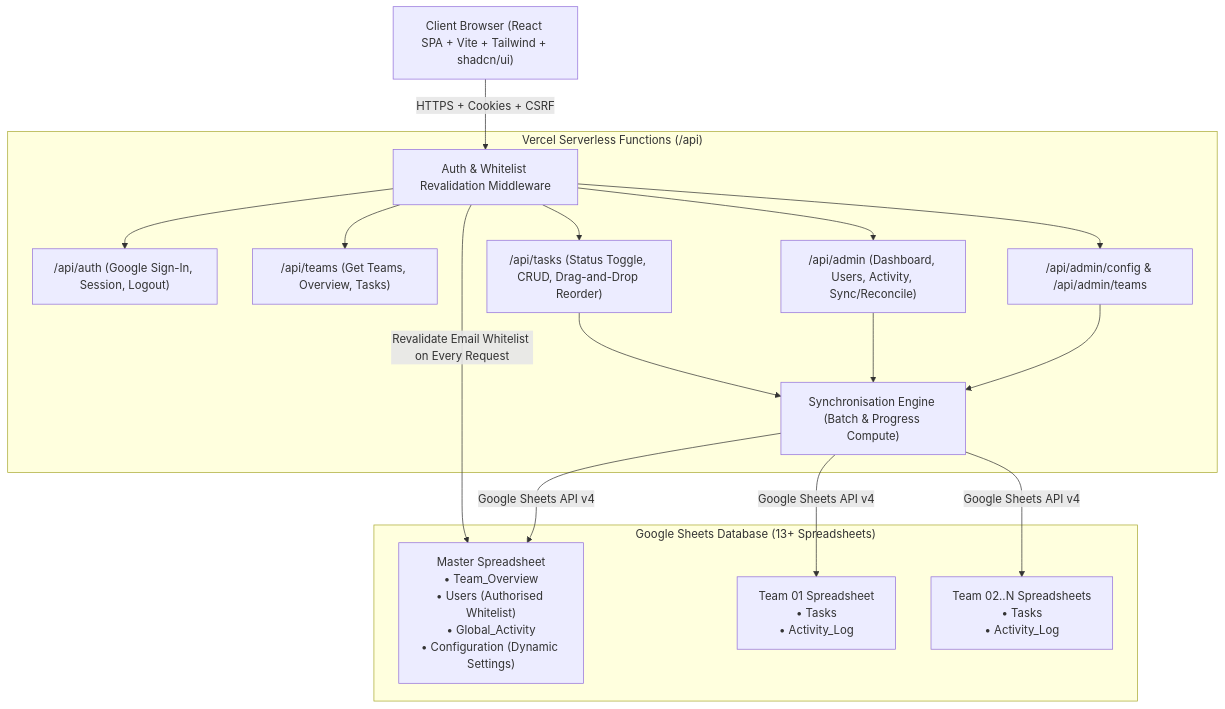
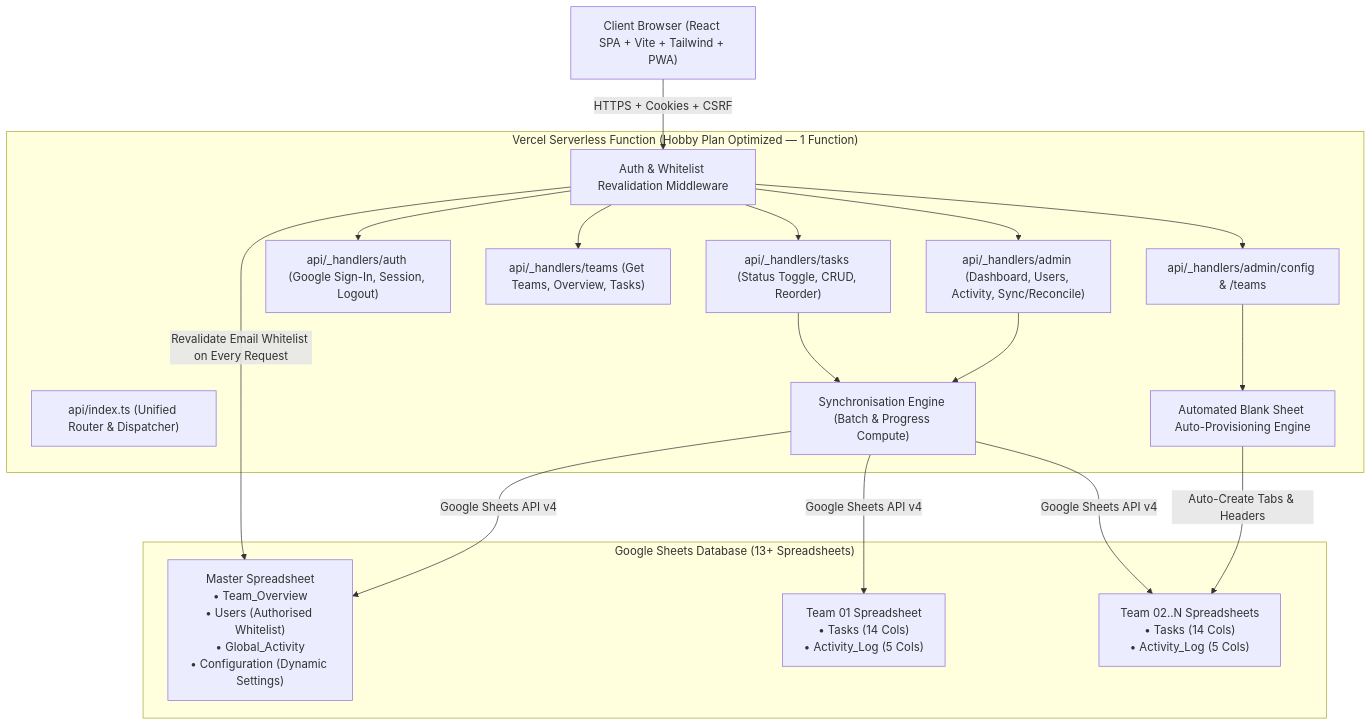
Before and after one commit to deekshithvodela/krititracker: the diagram in README.md, drawn with Mermaid. The commit also changed other lines of this file and 47 other files, not shown here.

Commit message:
fix: serverless functions

````diff
--- a/README.md
+++ b/README.md
@@ -47,32 +115,35 @@
 ```mermaid
 graph TD
-    Client["Client Browser (React SPA + Vite + Tailwind + shadcn/ui)"]
-    subgraph VercelServerless["Vercel Serverless Functions (/api)"]
+    Client["Client Browser (React SPA + Vite + Tailwind + PWA)"]
+    subgraph VercelServerless["Vercel Serverless Function (Hobby Plan Optimized — 1 Function)"]
+        Router["api/index.ts (Unified Router & Dispatcher)"]
         AuthMiddleware["Auth & Whitelist Revalidation Middleware"]
-        AuthRoutes["/api/auth (Google Sign-In, Session, Logout)"]
-        TeamRoutes["/api/teams (Get Teams, Overview, Tasks)"]
-        TaskRoutes["/api/tasks (Status Toggle, CRUD, Drag-and-Drop Reorder)"]
-        AdminRoutes["/api/admin (Dashboard, Users, Activity, Sync/Reconcile)"]
-        ControlCentreRoutes["/api/admin/config & /api/admin/teams"]
+        AuthRoutes["api/_handlers/auth (Google Sign-In, Session, Logout)"]
+        TeamRoutes["api/_handlers/teams (Get Teams, Overview, Tasks)"]
+        TaskRoutes["api/_handlers/tasks (Status Toggle, CRUD, Reorder)"]
+        AdminRoutes["api/_handlers/admin (Dashboard, Users, Activity, Sync/Reconcile)"]
+        ControlCentreRoutes["api/_handlers/admin/config & /teams"]
         SyncEngine["Synchronisation Engine (Batch & Progress Compute)"]
+        ProvisioningEngine["Automated Blank Sheet Auto-Provisioning Engine"]
     end
     subgraph GoogleSheets["Google Sheets Database (13+ Spreadsheets)"]
         MasterSheet["Master Spreadsheet\n• Team_Overview\n• Users (Authorised Whitelist)\n• Global_Activity\n• Configuration (Dynamic Settings)"]
-        TeamSheet1["Team 01 Spreadsheet\n• Tasks\n• Activity_Log"]
-        TeamSheetN["Team 02..N Spreadsheets\n• Tasks\n• Activity_Log"]
+        TeamSheet1["Team 01 Spreadsheet\n• Tasks (14 Cols)\n• Activity_Log (5 Cols)"]
+        TeamSheetN["Team 02..N Spreadsheets\n• Tasks (14 Cols)\n• Activity_Log (5 Cols)"]
     end
 
     Client -->|HTTPS + Cookies + CSRF| AuthMiddleware
     AuthMiddleware -->|Revalidate Email Whitelist on Every Request| MasterSheet
     AuthMiddleware --> AuthRoutes
     AuthMiddleware --> TeamRoutes
     AuthMiddleware --> TaskRoutes
     AuthMiddleware --> AdminRoutes
     AuthMiddleware --> ControlCentreRoutes
     TaskRoutes --> SyncEngine
     AdminRoutes --> SyncEngine
-    ControlCentreRoutes --> SyncEngine
+    ControlCentreRoutes --> ProvisioningEngine
+    ProvisioningEngine -->|Auto-Create Tabs & Headers| TeamSheetN
     SyncEngine -->|Google Sheets API v4| MasterSheet
     SyncEngine -->|Google Sheets API v4| TeamSheet1
     SyncEngine -->|Google Sheets API v4| TeamSheetN
 ```
````
